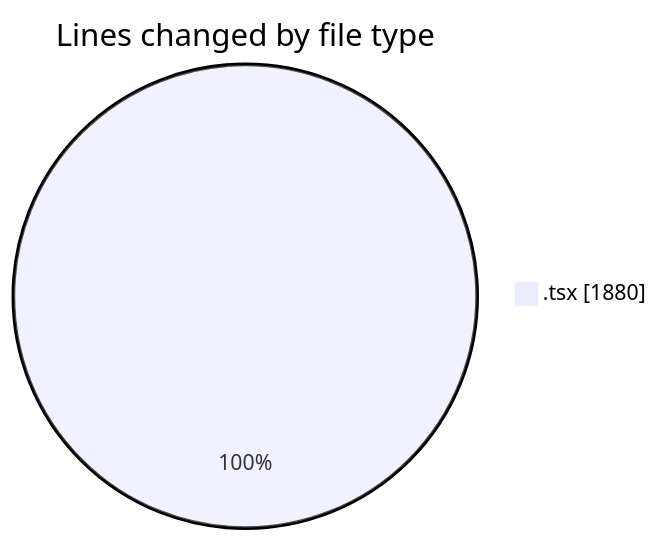
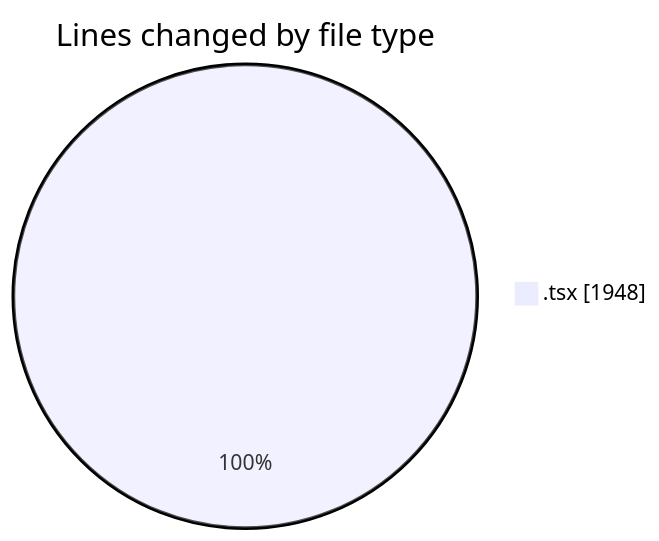
The first of 2 diagrams in 2026-04-09/airfeed-analytics-dashboard/README.md (nxtqubesakshisongat/code-tracking), drawn with Mermaid before and after one commit. The commit also changed other lines of this file and 1 other file, not shown here.

````diff
--- a/2026-04-09/airfeed-analytics-dashboard/README.md
+++ b/2026-04-09/airfeed-analytics-dashboard/README.md
@@ -26,5 +26,5 @@
 ```mermaid
 pie showData
 title Lines changed by file type
-".tsx" : 1880
+".tsx" : 1948
 ```
````
